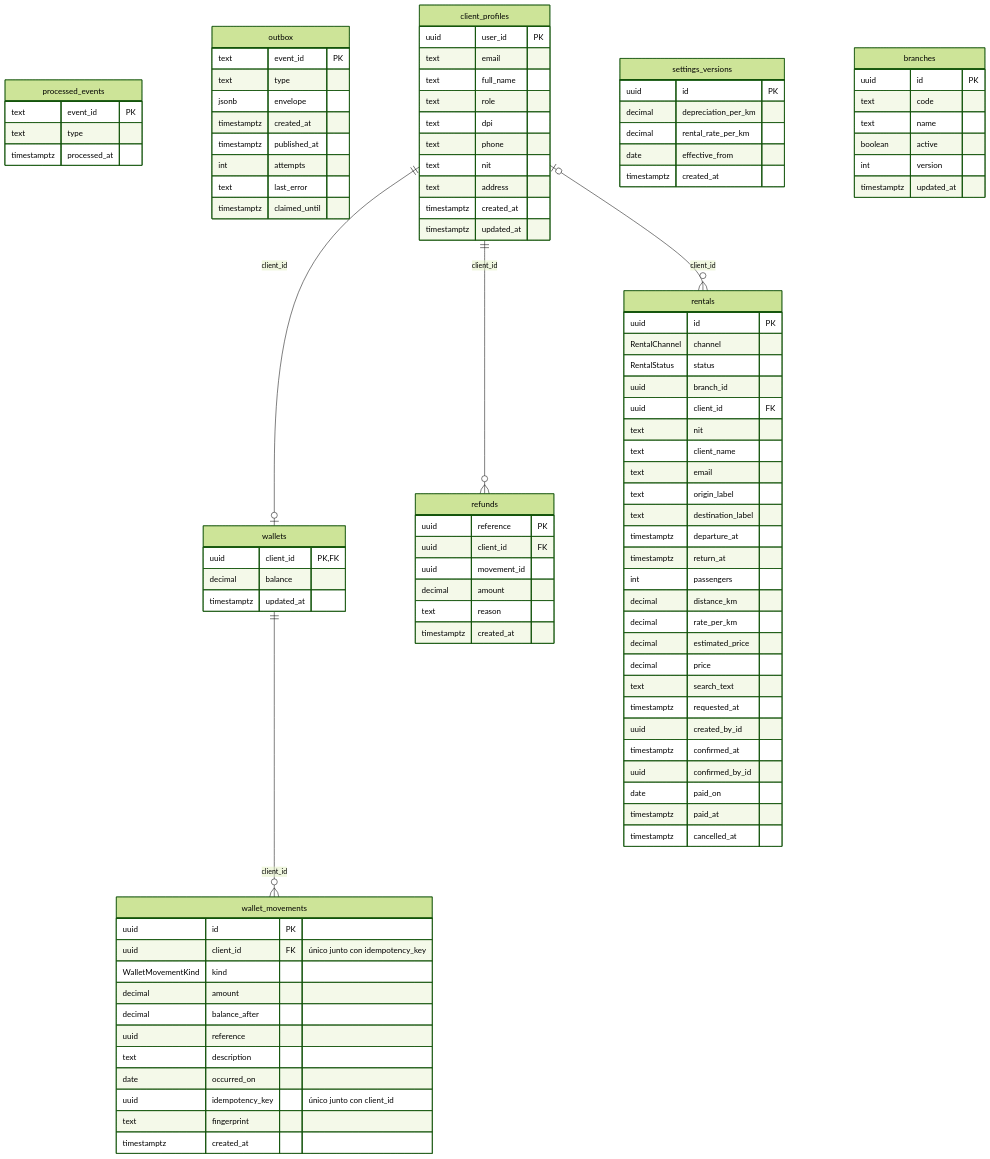
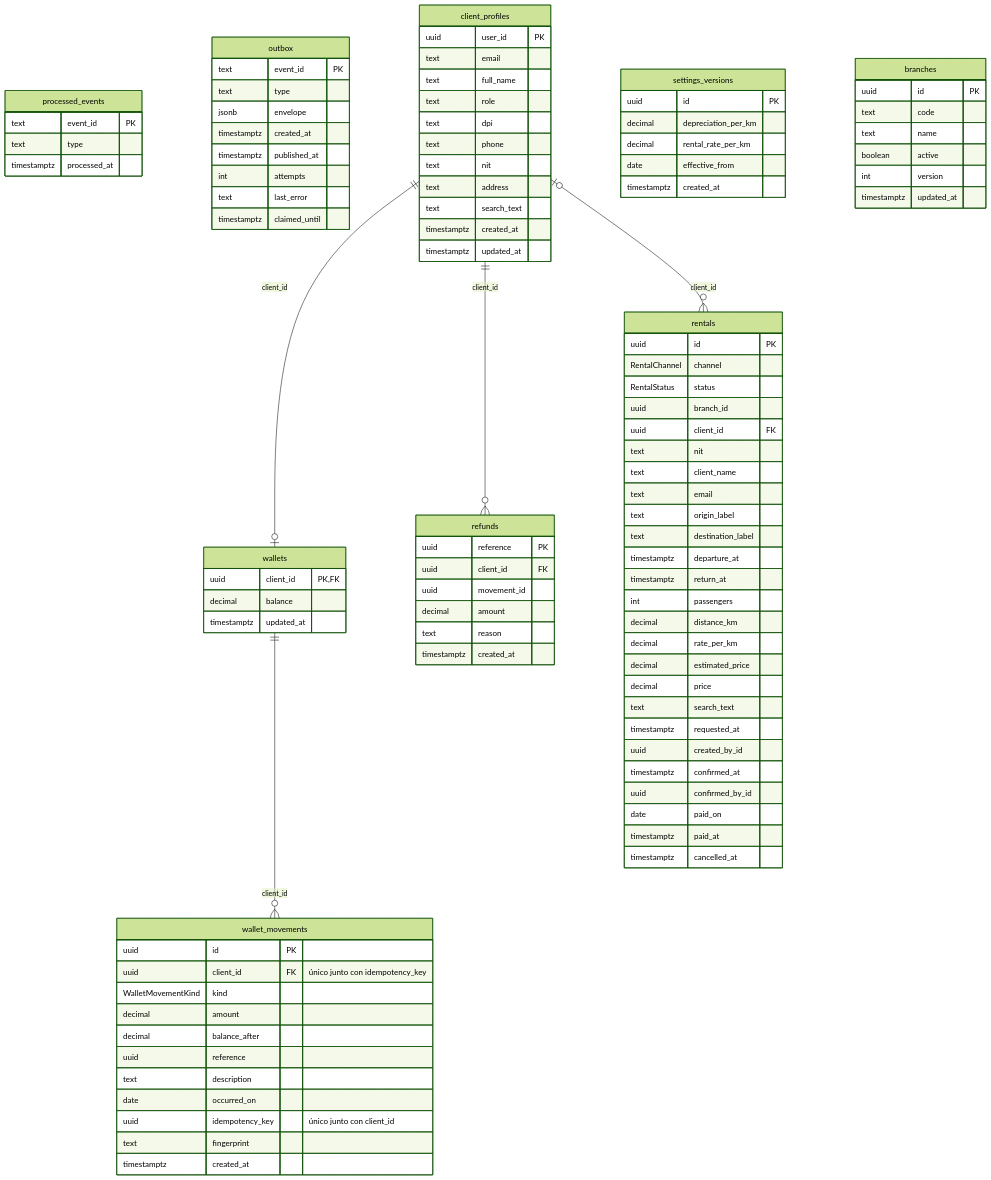
Before and after one commit to JeffMenca/debus: the third of 4 diagrams in docs/clientes/README.md, drawn with Mermaid (forest theme). The commit also changed other lines of this file and 56 other files, not shown here.

```diff
--- a/docs/clientes/README.md
+++ b/docs/clientes/README.md
@@ -201,6 +206,7 @@
     text phone
     text nit
     text address
+    text search_text
     timestamptz created_at
     timestamptz updated_at
   }
```
